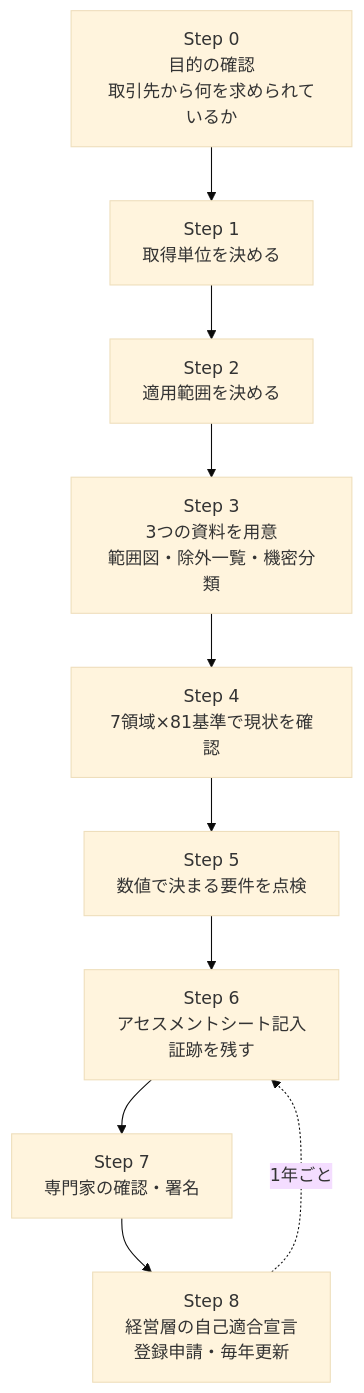
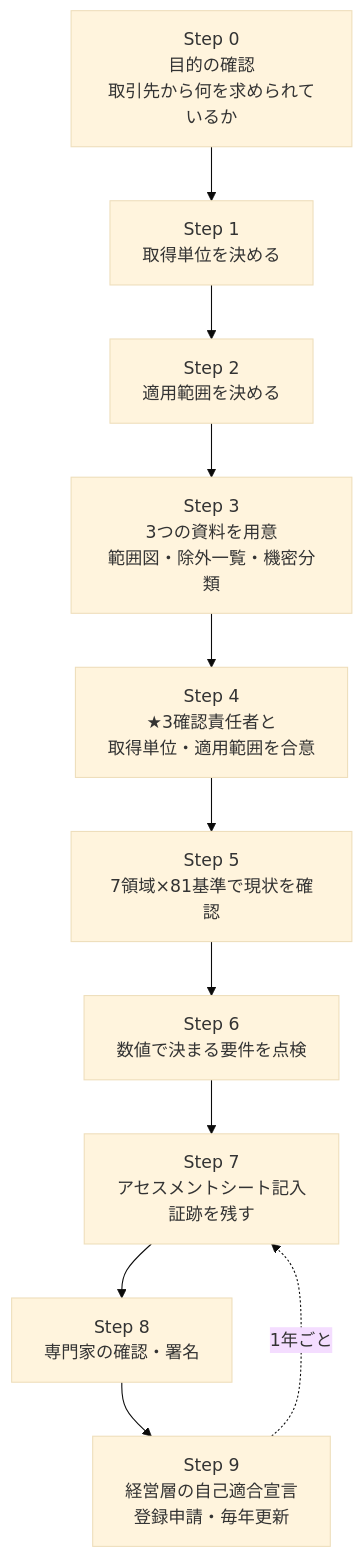
Before and after one commit to myoshi2891/Security_Studies: the seventh of 14 diagrams in Scs-evaluation-threat-analysis-guide.md, drawn with Mermaid (base theme). The commit also changed other lines of this file, not shown here.

Commit message:
docs(scs): add scope agreement step and 4-1-5-3 password rule

````diff
--- a/Scs-evaluation-threat-analysis-guide.md
+++ b/Scs-evaluation-threat-analysis-guide.md
@@ -289,12 +289,13 @@
 ```mermaid
 flowchart TD
     S0["Step 0<br/>目的の確認<br/>取引先から何を求められているか"] --> S1["Step 1<br/>取得単位を決める"]
     S1 --> S2["Step 2<br/>適用範囲を決める"]
     S2 --> S3["Step 3<br/>3つの資料を用意<br/>範囲図・除外一覧・機密分類"]
-    S3 --> S4["Step 4<br/>7領域×81基準で現状を確認"]
-    S4 --> S5["Step 5<br/>数値で決まる要件を点検"]
-    S5 --> S6["Step 6<br/>アセスメントシート記入<br/>証跡を残す"]
-    S6 --> S7["Step 7<br/>専門家の確認・署名"]
-    S7 --> S8["Step 8<br/>経営層の自己適合宣言<br/>登録申請・毎年更新"]
-    S8 -.->|"1年ごと"| S6
+    S3 --> S4["Step 4<br/>★3確認責任者と<br/>取得単位・適用範囲を合意"]
+    S4 --> S5["Step 5<br/>7領域×81基準で現状を確認"]
+    S5 --> S6["Step 6<br/>数値で決まる要件を点検"]
+    S6 --> S7["Step 7<br/>アセスメントシート記入<br/>証跡を残す"]
+    S7 --> S8["Step 8<br/>専門家の確認・署名"]
+    S8 --> S9["Step 9<br/>経営層の自己適合宣言<br/>登録申請・毎年更新"]
+    S9 -.->|"1年ごと"| S7
 ```
````
